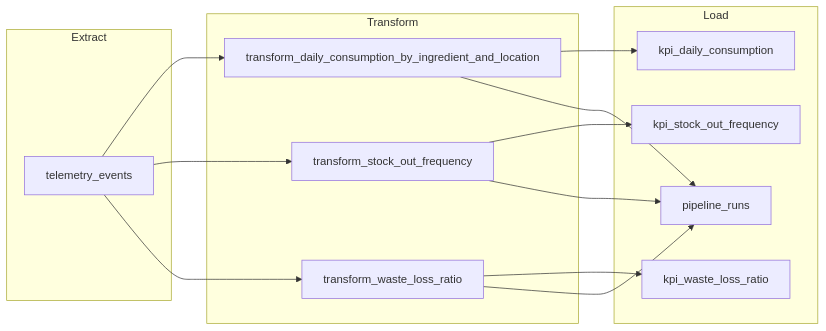
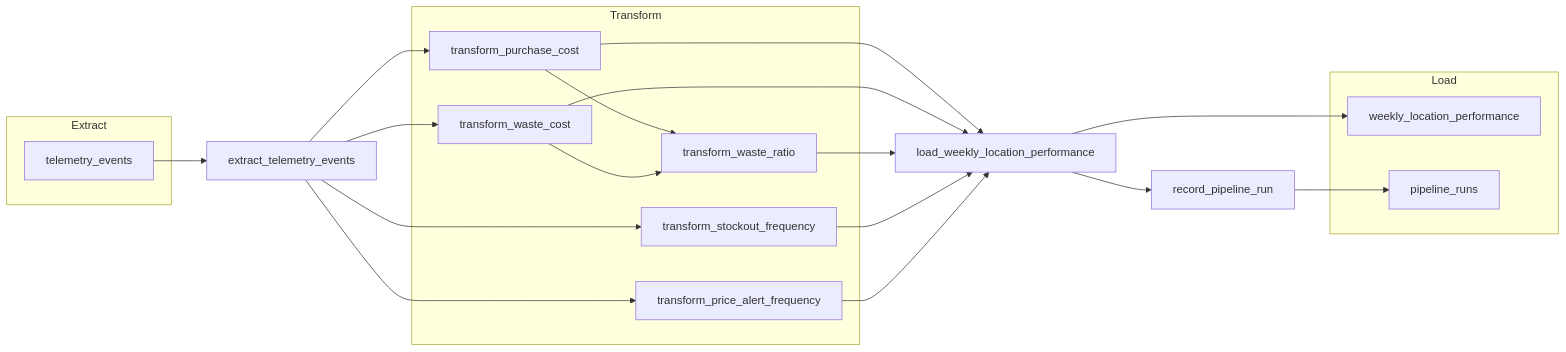
The diagram in docs/pipelines/PIPELINE_DESIGN.md (4GeeksAcademy/shaunM12_Brasaland-Website), drawn with Mermaid before and after one commit. The commit also changed other lines of this file and 11 other files, not shown here.

First line of the commit message:
Design Milestone 6 weekly location cost & waste pipeline (Phase 1).

````diff
--- a/docs/pipelines/PIPELINE_DESIGN.md
+++ b/docs/pipelines/PIPELINE_DESIGN.md
@@ -77,21 +97,22 @@
 ```mermaid
 flowchart LR
   subgraph Extract
     TE[telemetry_events]
   end
   subgraph Transform
-    T1[transform_daily_consumption_by_ingredient_and_location]
-    T2[transform_stock_out_frequency]
-    T3[transform_waste_loss_ratio]
+    T1[transform_purchase_cost]
+    T2[transform_waste_cost]
+    T3[transform_waste_ratio]
+    T4[transform_stockout_frequency]
+    T5[transform_price_alert_frequency]
   end
   subgraph Load
-    K1[kpi_daily_consumption]
-    K2[kpi_stock_out_frequency]
-    K3[kpi_waste_loss_ratio]
-    PR[pipeline_runs]
+    W[weekly_location_performance]
+    R[pipeline_runs]
   end
-  TE --> T1 --> K1
-  TE --> T2 --> K2
-  TE --> T3 --> K3
-  T1 & T2 & T3 --> PR
+  TE --> extract_telemetry_events
+  extract_telemetry_events --> T1 & T2 & T4 & T5
+  T1 & T2 --> T3
+  T1 & T2 & T3 & T4 & T5 --> load_weekly_location_performance --> W
+  load_weekly_location_performance --> record_pipeline_run --> R
 ```
````
